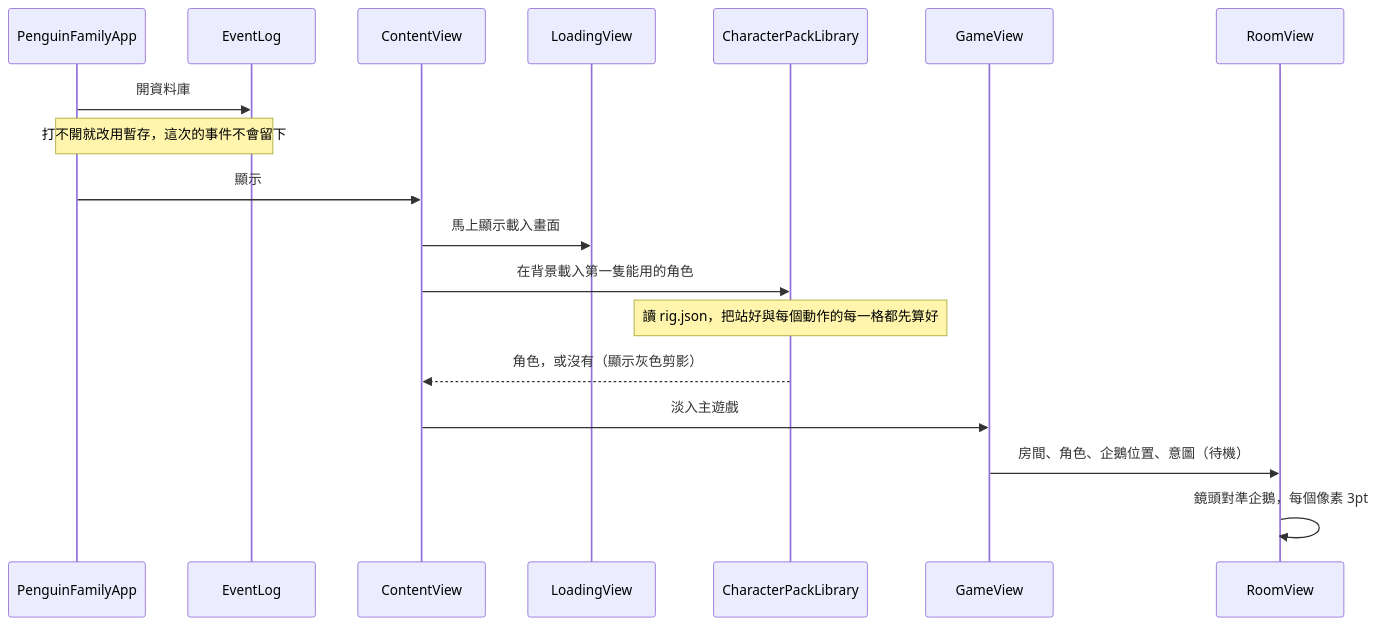
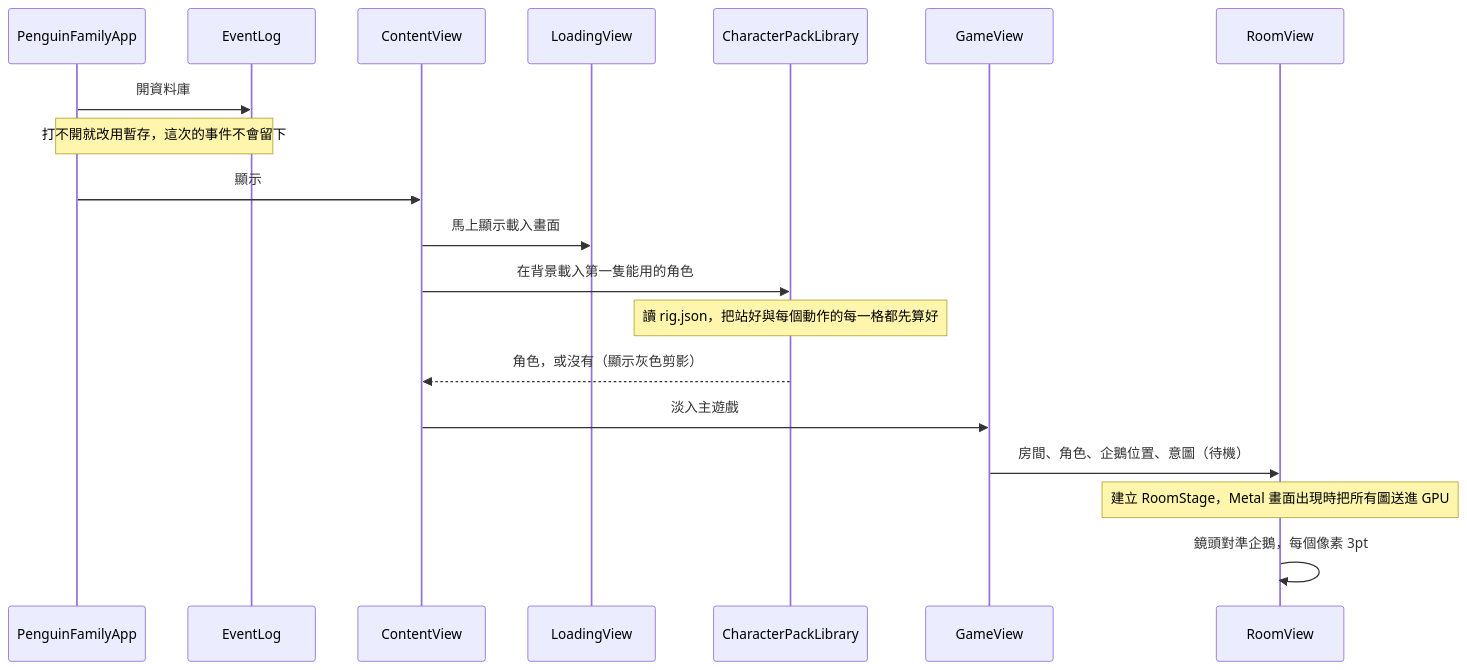
One commit to CBHeng/penguin-family changed the second of 4 diagrams in docs/code-map.md. Above: the diagram before and after it, drawn with Mermaid. The commit also changed other lines of this file and 21 other files, not shown here.

First line of the commit message:
feat: 箱庭改用 Metal 繪圖（ADR 0006）

````diff
--- a/docs/code-map.md
+++ b/docs/code-map.md
@@ -147,21 +161,22 @@
 ```mermaid
 sequenceDiagram
     participant App as PenguinFamilyApp
     participant Log as EventLog
     participant CV as ContentView
     participant LV as LoadingView
     participant Lib as CharacterPackLibrary
     participant GV as GameView
     participant RV as RoomView
 
     App->>Log: 開資料庫
     Note over App,Log: 打不開就改用暫存，這次的事件不會留下
     App->>CV: 顯示
     CV->>LV: 馬上顯示載入畫面
     CV->>Lib: 在背景載入第一隻能用的角色
     Note over Lib: 讀 rig.json，把站好與每個動作的每一格都先算好
     Lib-->>CV: 角色，或沒有（顯示灰色剪影）
     CV->>GV: 淡入主遊戲
     GV->>RV: 房間、角色、企鵝位置、意圖（待機）
+    Note over RV: 建立 RoomStage，Metal 畫面出現時把所有圖送進 GPU
     RV->>RV: 鏡頭對準企鵝，每個像素 3pt
 ```
````
